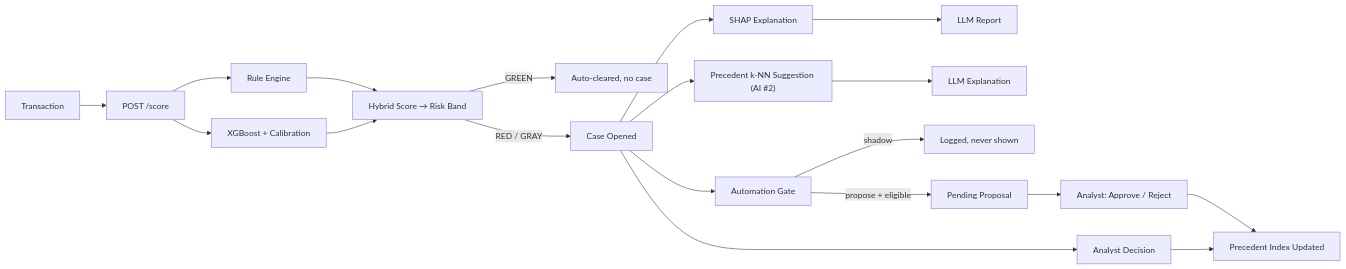
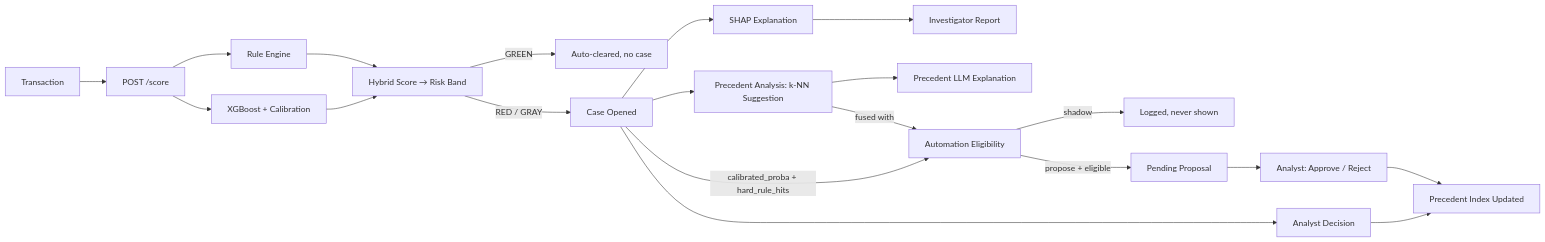
Before and after one commit to mtahacoban/fraud-project: the first of 2 diagrams in README.md, drawn with Mermaid. The commit also changed other lines of this file and 102 other files, not shown here.

````diff
--- a/README.md
+++ b/README.md
@@ -64,21 +66,22 @@
 ```mermaid
 flowchart LR
     TX[Transaction] --> SCORE["POST /score"]
     SCORE --> RULES[Rule Engine]
     SCORE --> XGB[XGBoost + Calibration]
     RULES --> HYBRID[Hybrid Score → Risk Band]
     XGB --> HYBRID
     HYBRID -->|GREEN| CLEAR[Auto-cleared, no case]
     HYBRID -->|RED / GRAY| CASE[Case Opened]
     CASE --> SHAP[SHAP Explanation]
-    SHAP --> LLM1[LLM Report]
-    CASE --> PRECEDENT["Precedent k-NN Suggestion (AI #2)"]
-    PRECEDENT --> LLM2[LLM Explanation]
-    CASE --> GATE[Automation Gate]
+    SHAP --> LLM1[Investigator Report]
+    CASE --> PRECEDENT[Precedent Analysis: k-NN Suggestion]
+    PRECEDENT --> LLM2[Precedent LLM Explanation]
+    CASE -->|"calibrated_proba + hard_rule_hits"| GATE[Automation Eligibility]
+    PRECEDENT -->|fused with| GATE
     GATE -->|shadow| LOG[Logged, never shown]
     GATE -->|"propose + eligible"| PROPOSAL[Pending Proposal]
     PROPOSAL --> HUMAN[Analyst: Approve / Reject]
     CASE --> DECISION[Analyst Decision]
     DECISION --> LEARN[Precedent Index Updated]
     HUMAN --> LEARN
 ```
````
